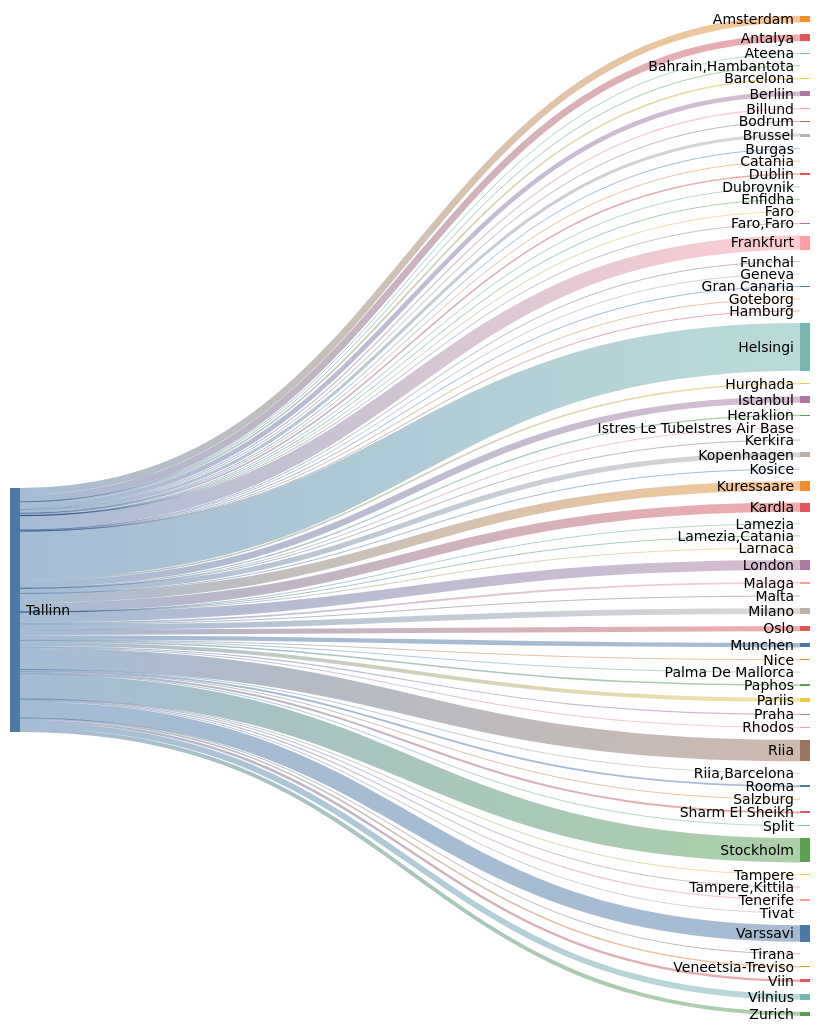
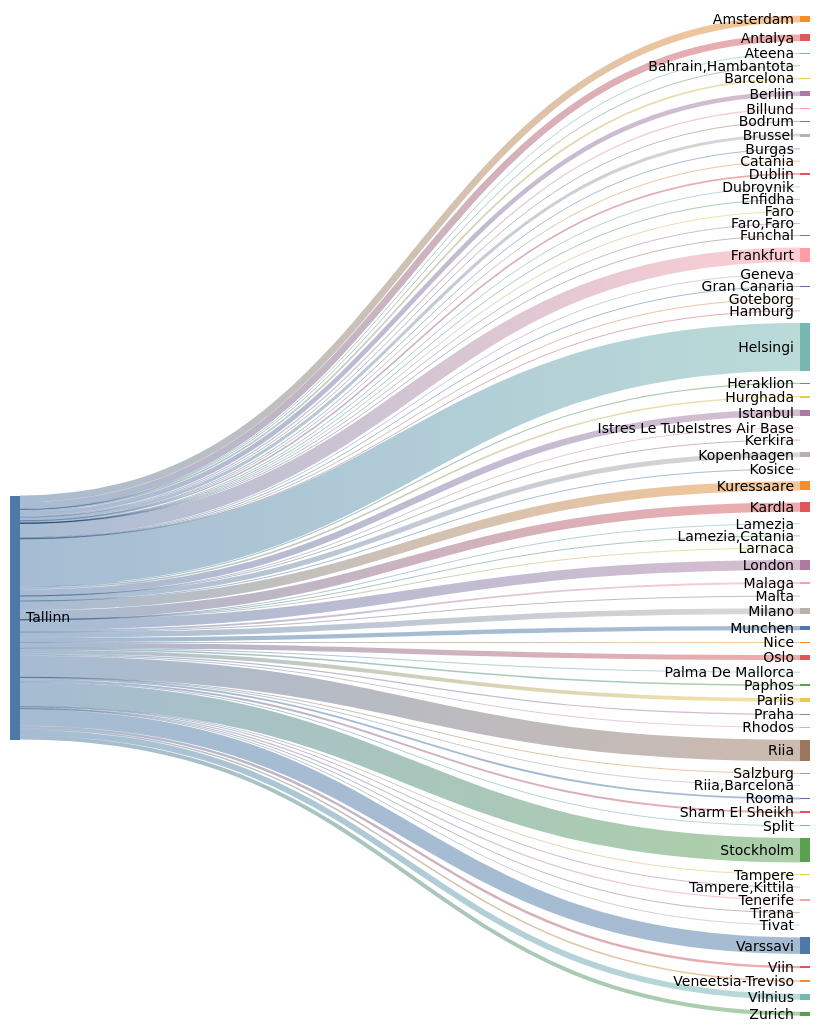
Before and after one commit to rainermesi/tll-airport-departures: the second of 2 diagrams in README.md, drawn with Mermaid (forest theme). The commit also changed other lines of this file, not shown here.

````diff
--- a/README.md
+++ b/README.md
@@ -34,77 +34,77 @@
 ```mermaid
 ---
 config:
   sankey:
     showValues: false
     width: 800
     height: 1000
 ---
 sankey-beta
 %% source,target,value
-Tallinn,Amsterdam,276
+Tallinn,Amsterdam,278
 Tallinn,Antalya,277
 Tallinn,Ateena,16
 Tallinn,"Bahrain,Hambantota",1
-Tallinn,Barcelona,71
+Tallinn,Barcelona,72
 Tallinn,Berliin,188
 Tallinn,Billund,49
 Tallinn,Bodrum,11
-Tallinn,Brussel,124
+Tallinn,Brussel,125
 Tallinn,Burgas,21
 Tallinn,Catania,2
 Tallinn,Dublin,64
 Tallinn,Dubrovnik,21
 Tallinn,Enfidha,7
 Tallinn,Faro,4
 Tallinn,"Faro,Faro",1
-Tallinn,Frankfurt,577
+Tallinn,Frankfurt,580
 Tallinn,Funchal,5
 Tallinn,Geneva,11
 Tallinn,Gran Canaria,34
 Tallinn,Goteborg,1
 Tallinn,Hamburg,1
-Tallinn,Helsingi,1951
+Tallinn,Helsingi,1960
 Tallinn,Heraklion,46
 Tallinn,Hurghada,66
-Tallinn,Istanbul,261
+Tallinn,Istanbul,262
 Tallinn,Istres Le TubeIstres Air Base,2
 Tallinn,Kerkira,4
 Tallinn,Kopenhaagen,206
 Tallinn,Kosice,1
-Tallinn,Kuressaare,379
-Tallinn,Kardla,379
+Tallinn,Kuressaare,381
+Tallinn,Kardla,381
 Tallinn,Lamezia,1
 Tallinn,"Lamezia,Catania",3
 Tallinn,Larnaca,4
-Tallinn,London,408
-Tallinn,Malaga,75
+Tallinn,London,410
+Tallinn,Malaga,76
 Tallinn,Malta,15
-Tallinn,Milano,232
+Tallinn,Milano,233
 Tallinn,Munchen,178
 Tallinn,Nice,25
-Tallinn,Oslo,207
+Tallinn,Oslo,208
 Tallinn,Palma De Mallorca,19
 Tallinn,Paphos,62
-Tallinn,Pariis,155
+Tallinn,Pariis,156
 Tallinn,Praha,49
 Tallinn,Rhodos,32
-Tallinn,Riia,876
+Tallinn,Riia,880
 Tallinn,"Riia,Barcelona",1
 Tallinn,Rooma,76
 Tallinn,Salzburg,12
 Tallinn,Sharm El Sheikh,82
 Tallinn,Split,25
-Tallinn,Stockholm,992
+Tallinn,Stockholm,997
 Tallinn,Tampere,17
 Tallinn,"Tampere,Kittila",18
 Tallinn,Tenerife,52
 Tallinn,Tirana,8
 Tallinn,Tivat,26
-Tallinn,Varssavi,673
+Tallinn,Varssavi,675
 Tallinn,Veneetsia-Treviso,63
 Tallinn,Viin,100
-Tallinn,Vilnius,239
-Tallinn,Zurich,160
+Tallinn,Vilnius,241
+Tallinn,Zurich,161
 
 
 ```
````
